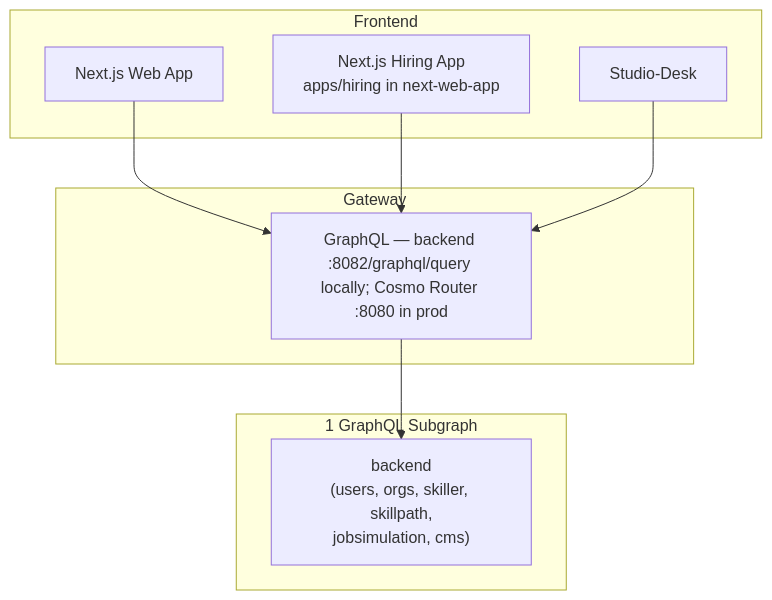
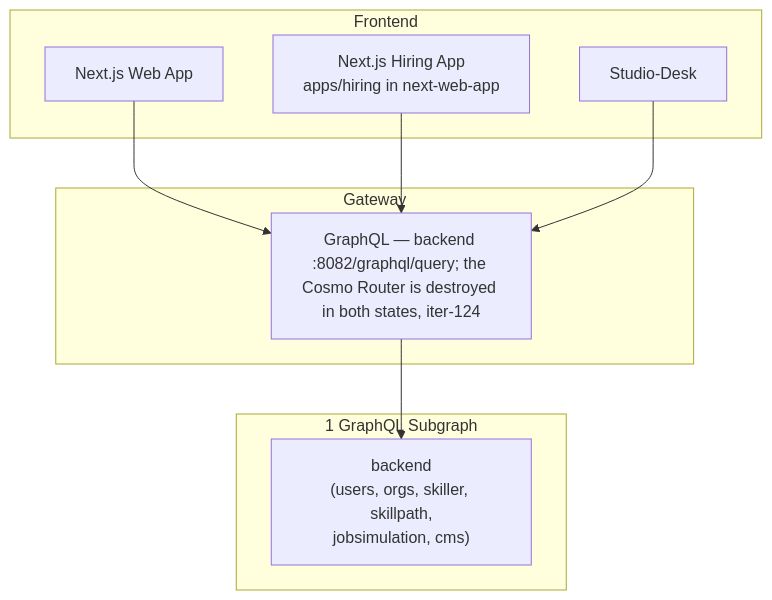
One commit to anthropos-work/rosetta changed the third of 3 diagrams in corpus/architecture/external_services.md. Above: the diagram before and after it, drawn with Mermaid. The commit also changed other lines of this file and 15 other files, not shown here.

````diff
--- a/corpus/architecture/external_services.md
+++ b/corpus/architecture/external_services.md
@@ -394,21 +394,21 @@
 ```mermaid
 graph TB
     subgraph Frontend
         Web[Next.js Web App]
         Hiring[Next.js Hiring App<br/>apps/hiring in next-web-app]
         Desk[Studio-Desk]
     end
 
     subgraph Gateway
-        WG[GraphQL — backend :8082/graphql/query locally; Cosmo Router :8080 in prod]
+        WG[GraphQL — backend :8082/graphql/query; the Cosmo Router is destroyed in both states, iter-124]
     end
 
     subgraph Subgraphs[1 GraphQL Subgraph]
         Backend["backend<br/>(users, orgs, skiller, skillpath,<br/>jobsimulation, cms)"]
     end
 
     Web --> WG
     Hiring --> WG
     Desk --> WG
     WG --> Backend
 ```
````
